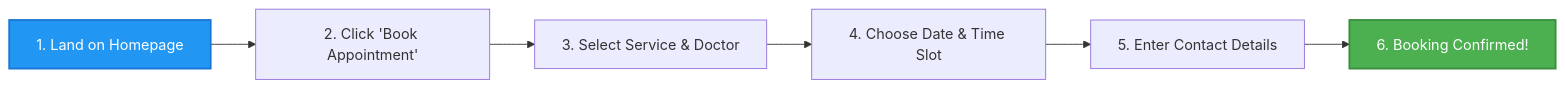
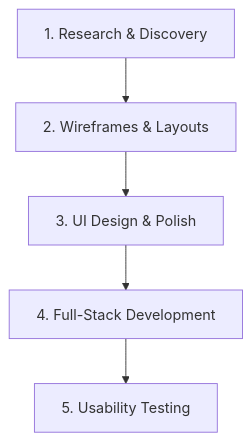
The first of 2 diagrams in UX_Case_Study.md (Gokulraj-N80/Dental-website), drawn with Mermaid before and after one commit. The commit also changed other lines of this file, not shown here.

````diff
--- a/UX_Case_Study.md
+++ b/UX_Case_Study.md
@@ -77,10 +50,7 @@
 ```mermaid
-graph LR
-    A["1. Land on Homepage"] --> B["2. Click 'Book Appointment'"]
-    B --> C["3. Select Service & Doctor"]
-    C --> D["4. Choose Date & Time Slot"]
-    D --> E["5. Enter Contact Details"]
-    E --> F["6. Booking Confirmed!"]
-    style F fill:#4CAF50,stroke:#388E3C,stroke-width:2px,color:#fff
-    style A fill:#2196F3,stroke:#1976D2,stroke-width:2px,color:#fff
+graph TD
+    A[1. Research & Discovery] --> B[2. Wireframes & Layouts]
+    B --> C[3. UI Design & Polish]
+    C --> D[4. Full-Stack Development]
+    D --> E[5. Usability Testing]
 ```
````
